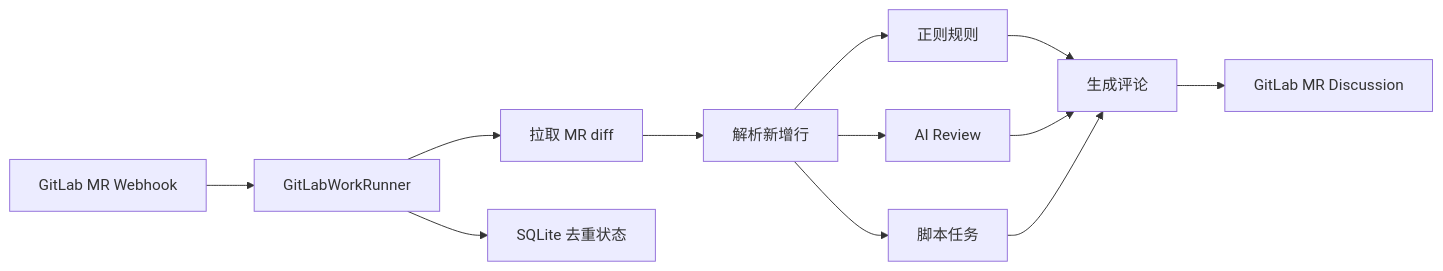
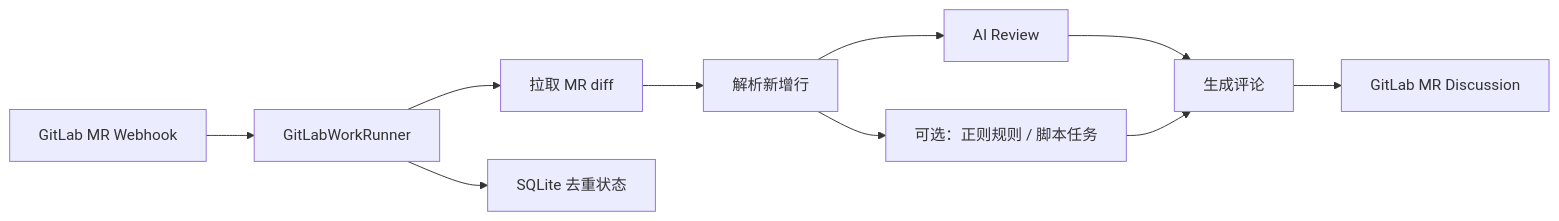
The first of 2 diagrams in README.md (SwartzMss/GitLabWorkRunner), drawn with Mermaid before and after one commit. The commit also changed other lines of this file and 3 other files, not shown here.

````diff
--- a/README.md
+++ b/README.md
@@ -11,14 +11,12 @@
 ```mermaid
 flowchart LR
     A["GitLab MR Webhook"] --> B["GitLabWorkRunner"]
     B --> C["拉取 MR diff"]
     C --> D["解析新增行"]
-    D --> E["正则规则"]
     D --> F["AI Review"]
-    D --> G["脚本任务"]
-    E --> H["生成评论"]
-    F --> H
-    G --> H
+    D --> E["可选：正则规则 / 脚本任务"]
+    F --> H["生成评论"]
+    E --> H
     H --> I["GitLab MR Discussion"]
     B --> J["SQLite 去重状态"]
 ```
````
